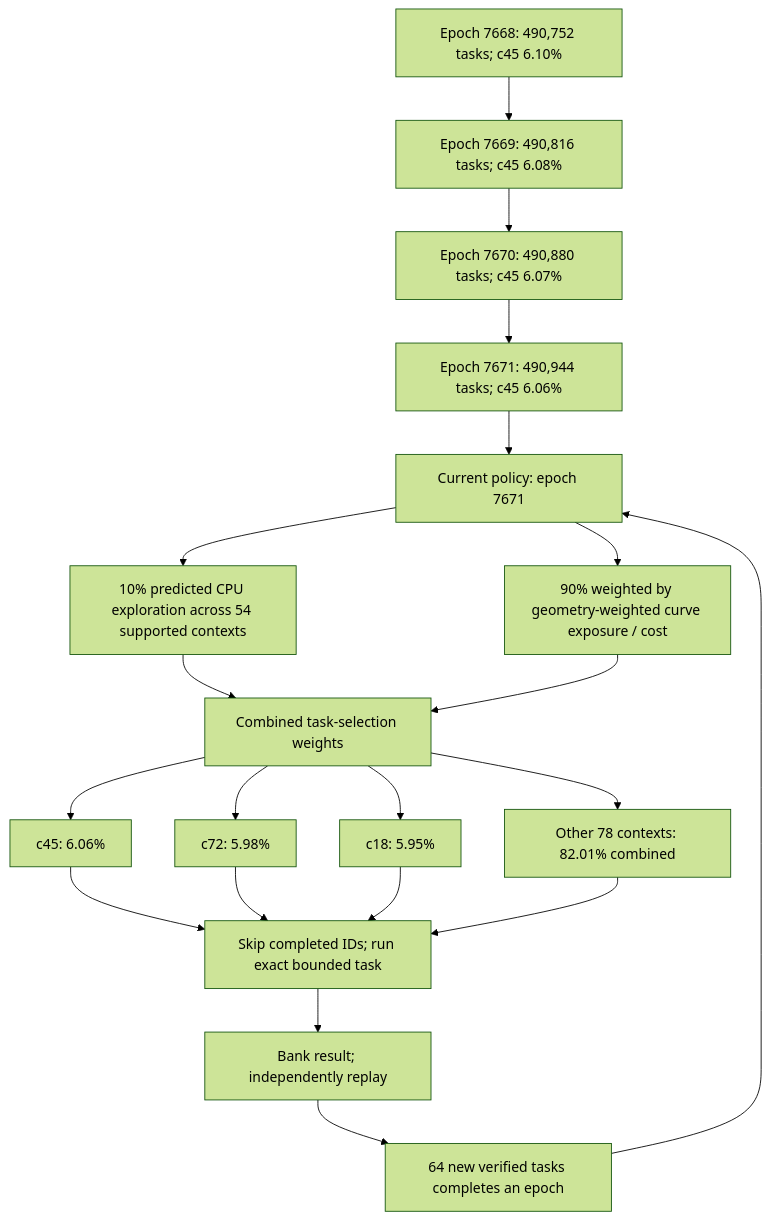
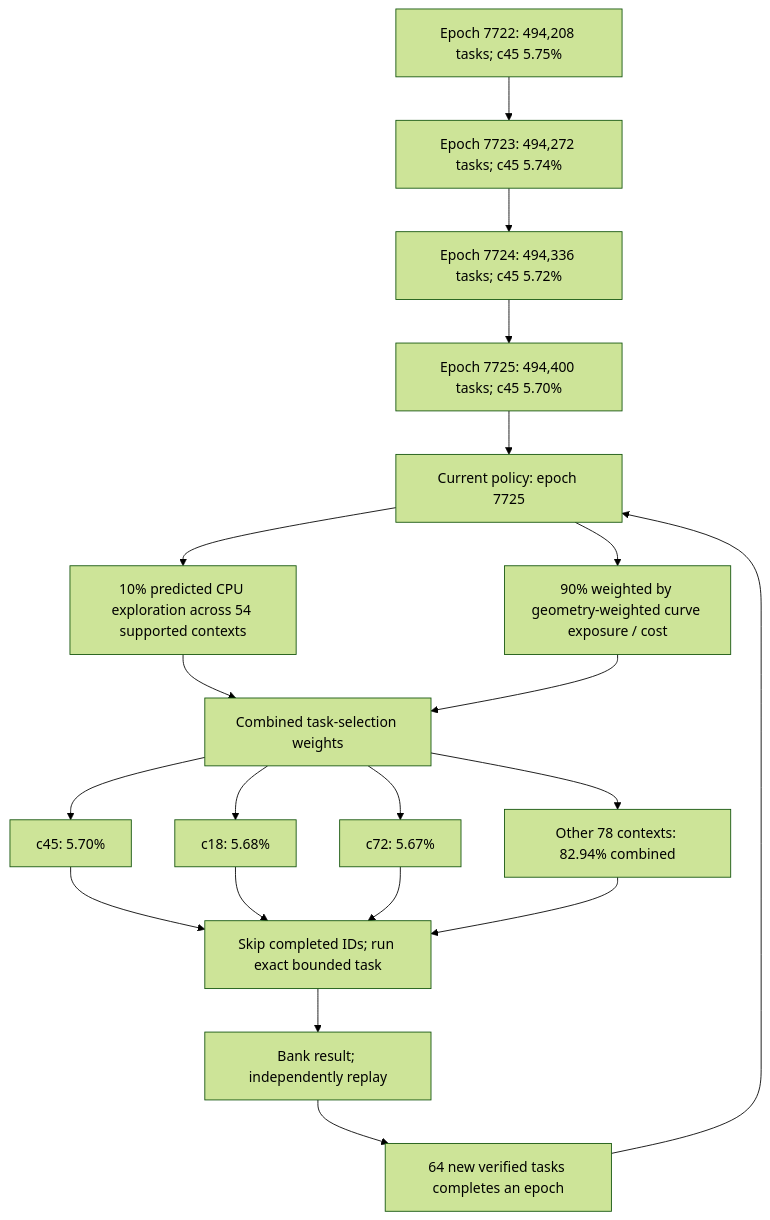
The first of 4 diagrams in README.md (Kuberwastaken/math-gambling), drawn with Mermaid (forest theme) before and after one commit. The commit also changed other lines of this file and 7390 other files, not shown here.

````diff
--- a/README.md
+++ b/README.md
@@ -60,27 +60,27 @@
 ```mermaid
 flowchart TD
-    H0["Epoch 7668: 490,752 tasks; c45 6.10%"]
-    H1["Epoch 7669: 490,816 tasks; c45 6.08%"]
+    H0["Epoch 7722: 494,208 tasks; c45 5.75%"]
+    H1["Epoch 7723: 494,272 tasks; c45 5.74%"]
     H0 --> H1
-    H2["Epoch 7670: 490,880 tasks; c45 6.07%"]
+    H2["Epoch 7724: 494,336 tasks; c45 5.72%"]
     H1 --> H2
-    H3["Epoch 7671: 490,944 tasks; c45 6.06%"]
+    H3["Epoch 7725: 494,400 tasks; c45 5.70%"]
     H2 --> H3
-    Policy["Current policy: epoch 7671"]
+    Policy["Current policy: epoch 7725"]
     H3 --> Policy
     Policy --> Explore["10% predicted CPU exploration across 54 supported contexts"]
     Policy --> Cost["90% weighted by geometry-weighted curve exposure / cost"]
     Explore --> Mix["Combined task-selection weights"]
     Cost --> Mix
-    Mix --> C0["c45: 6.06%"]
-    Mix --> C1["c72: 5.98%"]
-    Mix --> C2["c18: 5.95%"]
-    Mix --> Rest["Other 78 contexts: 82.01% combined"]
+    Mix --> C0["c45: 5.70%"]
+    Mix --> C1["c18: 5.68%"]
+    Mix --> C2["c72: 5.67%"]
+    Mix --> Rest["Other 78 contexts: 82.94% combined"]
     C0 --> Check["Skip completed IDs; run exact bounded task"]
     C1 --> Check
     C2 --> Check
     Rest --> Check
     Check --> Replay["Bank result; independently replay"]
     Replay --> Gate["64 new verified tasks completes an epoch"]
     Gate --> Policy
 ```
````
